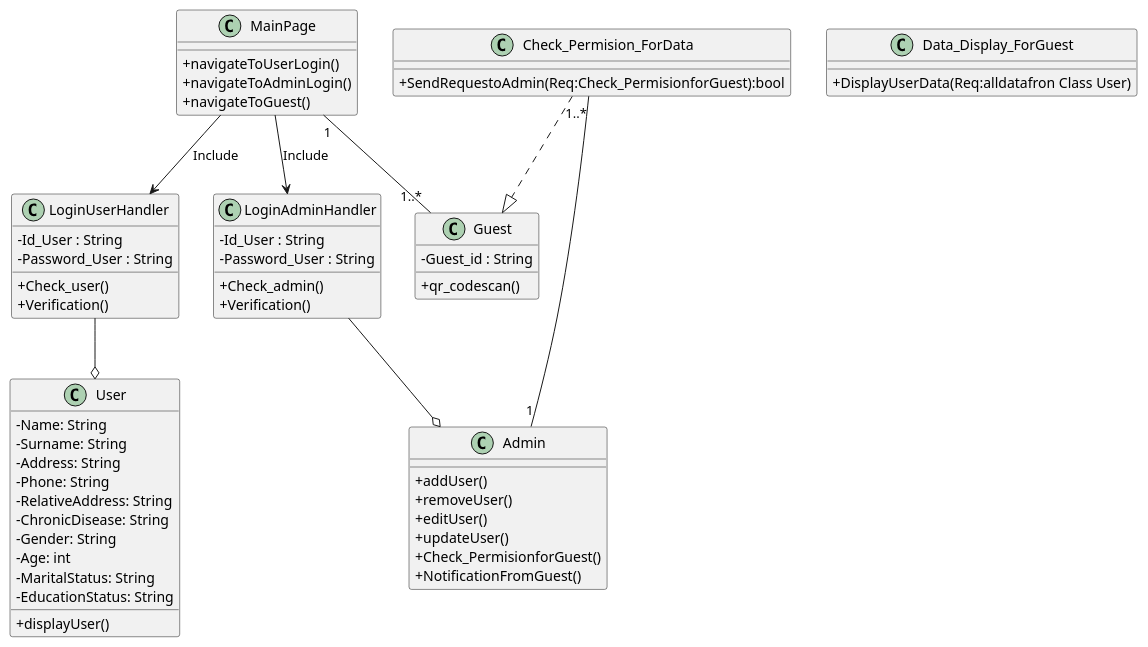
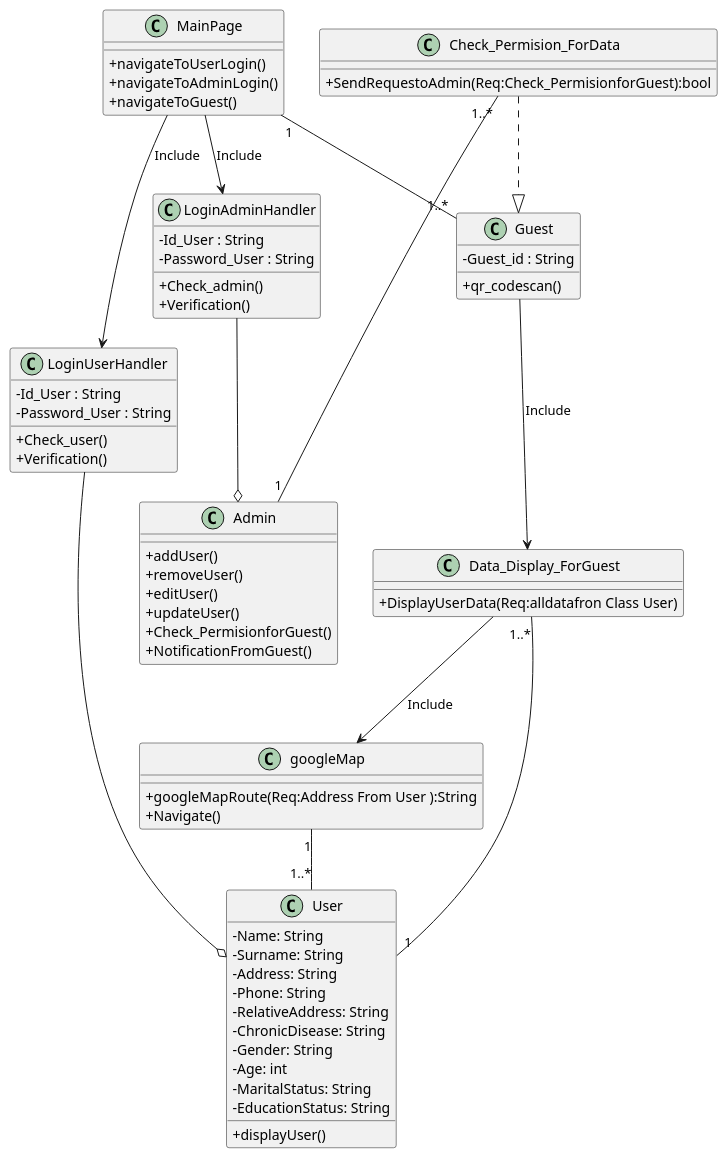
One commit to KananTrooper/Di-grm changed the diagram in class diagram.puml. Above: the diagram before and after it, drawn with PlantUML. The commit also changed 6 other files, not shown here.

First line of the commit message:
finish diagram

```diff
--- a/class diagram.puml
+++ b/class diagram.puml
@@ -1,76 +1,87 @@
 @startuml
 skinparam classAttributeIconSize 0
 
 class MainPage {
   + navigateToUserLogin()
   + navigateToAdminLogin()
   + navigateToGuest()
 }
 
 class User {
   - Name: String
   - Surname: String
   - Address: String
   - Phone: String
   - RelativeAddress: String
   - ChronicDisease: String
   - Gender: String
   - Age: int
   - MaritalStatus: String
   - EducationStatus: String
   
 
   + displayUser()
 }
 class Admin {
 
     + addUser()
     + removeUser()
     + editUser()
     + updateUser()
     + Check_PermisionforGuest()
     + NotificationFromGuest()
 
 }
 class LoginUserHandler{
   - Id_User : String
   - Password_User : String
 
   + Check_user()
   + Verification()
 }
 class LoginAdminHandler{
   - Id_User : String
   - Password_User : String
 
   + Check_admin()
   + Verification()
 }
 class Guest {
   - Guest_id : String
 
   +qr_codescan()
 
 }
 class Check_Permision_ForData{
   
   + SendRequestoAdmin(Req:Check_PermisionforGuest):bool
 }
 class Data_Display_ForGuest{
 
   + DisplayUserData(Req:alldatafron Class User)
 }
+Class googleMap{
+
+  + googleMapRoute(Req:Address From User ):String
+  + Navigate()
+} 
 
 
 
 MainPage --> LoginUserHandler : Include
 MainPage --> LoginAdminHandler : Include
 MainPage "1"-- "1..*" Guest 
 
 
 LoginUserHandler --o User 
 LoginAdminHandler --o Admin 
 
 Check_Permision_ForData ..|> Guest
 Check_Permision_ForData "1..*" -- "1" Admin
+Data_Display_ForGuest "1..*" -- "1" User
+Guest --> Data_Display_ForGuest : Include
+Data_Display_ForGuest --> googleMap : Include
+googleMap "1"-- "1..*" User 
+
+
 @enduml
```
